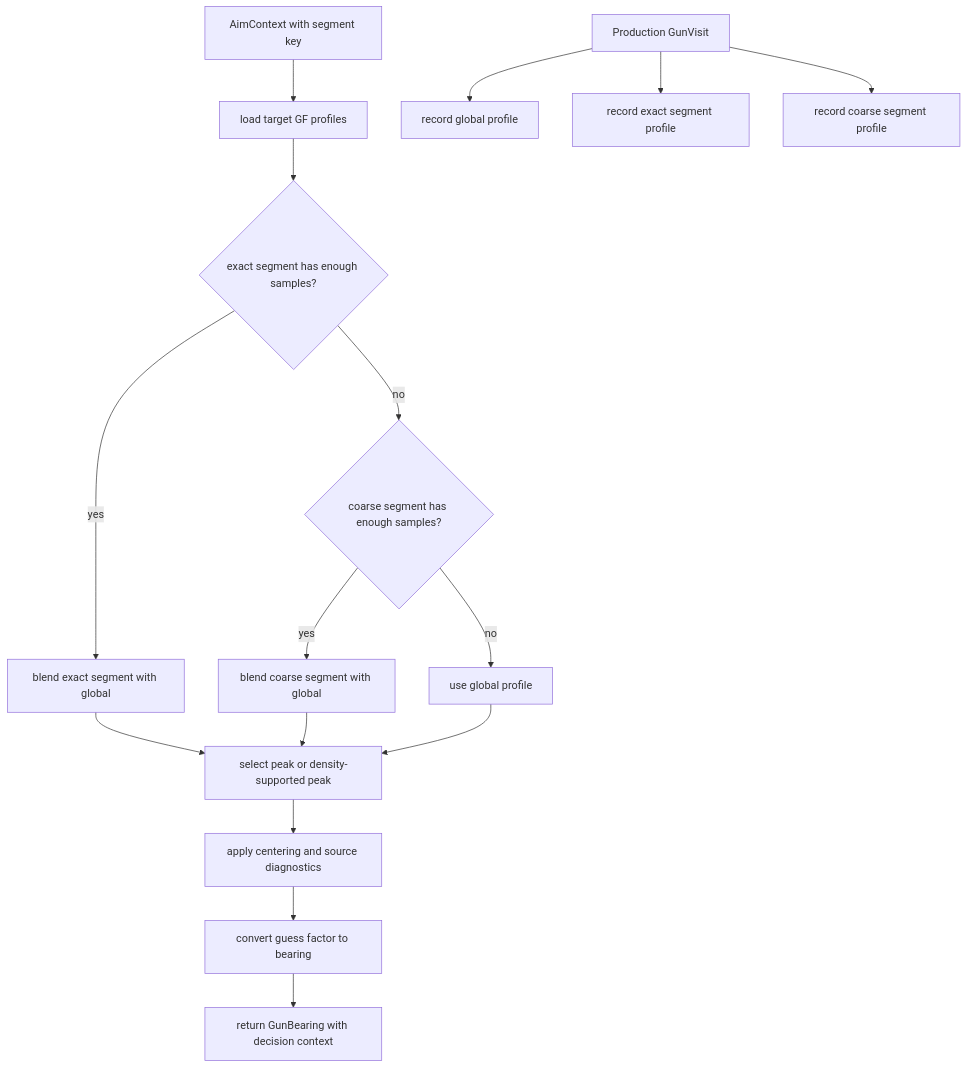
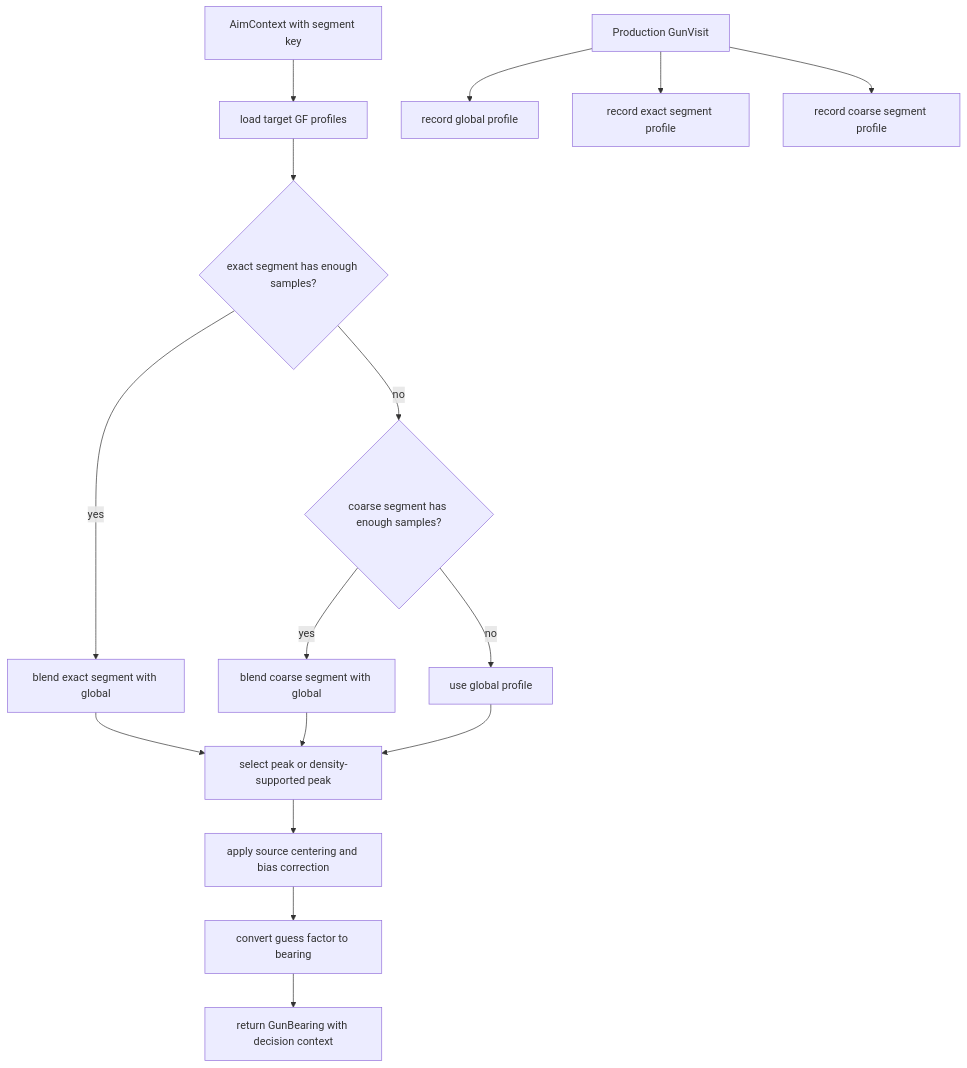
Before and after one commit to fduch-stranger/robocode-bot: the diagram in bots/bot_core/gun/guns/traditional_gf/README.md, drawn with Mermaid. The commit also changed other lines of this file and 25 other files, not shown here.

````diff
--- a/bots/bot_core/gun/guns/traditional_gf/README.md
+++ b/bots/bot_core/gun/guns/traditional_gf/README.md
@@ -33,18 +33,18 @@
 ```mermaid
 flowchart TD
     A["AimContext with segment key"] --> B["load target GF profiles"]
     B --> C{"exact segment has enough samples?"}
     C -- "yes" --> D["blend exact segment with global"]
     C -- "no" --> E{"coarse segment has enough samples?"}
     E -- "yes" --> F["blend coarse segment with global"]
     E -- "no" --> G["use global profile"]
     D --> H["select peak or density-supported peak"]
     F --> H
     G --> H
-    H --> I["apply centering and source diagnostics"]
+    H --> I["apply source centering and bias correction"]
     I --> J["convert guess factor to bearing"]
     J --> K["return GunBearing with decision context"]
     L["Production GunVisit"] --> M["record global profile"]
     L --> N["record exact segment profile"]
     L --> O["record coarse segment profile"]
 ```
````
